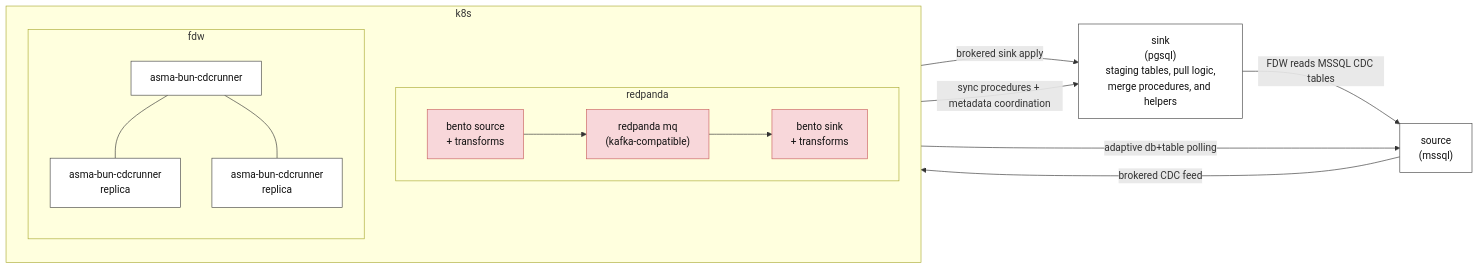
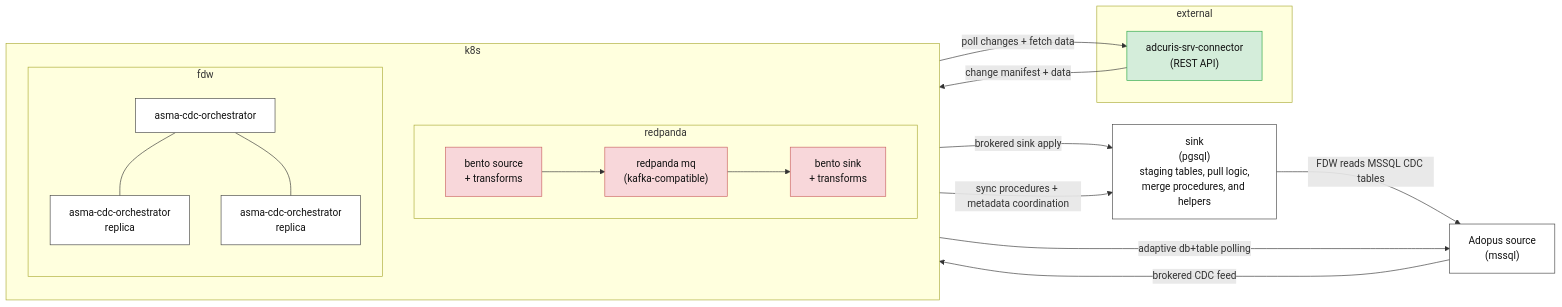
One commit to Relaxe111/cdc-pipeline-generator changed the diagram in _docs/architecture/TOPOLOGY_RUNTIME_COMPOSITION.md. Above: the diagram before and after it, drawn with Mermaid. The commit also changed other lines of this file and 24 other files, not shown here.

First line of the commit message:
refactor: Rename ASMA Bun CDC runner to CDC orchestrator

````diff
--- a/_docs/architecture/TOPOLOGY_RUNTIME_COMPOSITION.md
+++ b/_docs/architecture/TOPOLOGY_RUNTIME_COMPOSITION.md
@@ -94,40 +94,48 @@
 ```mermaid
 flowchart LR
-  source["source<br/>(mssql)"]
+  source["Adopus source<br/>(mssql)"]
   sink["sink<br/>(pgsql)<br/>staging tables, pull logic,<br/>merge procedures, and helpers"]
 
   subgraph k8s["k8s"]
     direction TB
 
     subgraph redpanda["redpanda"]
       direction LR
       bentoSource["bento source<br/>+ transforms"]
       mq["redpanda mq<br/>(kafka-compatible)"]
       bentoSink["bento sink<br/>+ transforms"]
 
       bentoSource --> mq --> bentoSink
     end
 
     subgraph fdw["fdw"]
       direction TB
-      runner["asma-bun-cdcrunner"]
-      replicaA["asma-bun-cdcrunner<br/>replica"]
-      replicaB["asma-bun-cdcrunner<br/>replica"]
+      runner["asma-cdc-orchestrator"]
+      replicaA["asma-cdc-orchestrator<br/>replica"]
+      replicaB["asma-cdc-orchestrator<br/>replica"]
 
       runner --- replicaA
       runner --- replicaB
     end
+  end
+
+  subgraph external["external"]
+    connector["adcuris-srv-connector<br/>(REST API)"]
   end
 
   source -->|brokered CDC feed| bentoSource
   bentoSink -->|brokered sink apply| sink
   sink -->|FDW reads MSSQL CDC tables| source
   runner -->|adaptive db+table polling| source
   runner -->|sync procedures + metadata coordination| sink
+  runner -->|poll changes + fetch data| connector
+  connector -->|change manifest + data| runner
 
   classDef transport fill:#f8d7da,stroke:#c95f5f,color:#111111;
   classDef runtime fill:#ffffff,stroke:#444444,color:#111111;
+  classDef external fill:#d4edda,stroke:#28a745,color:#111111;
 
   class bentoSource,mq,bentoSink transport;
   class source,sink,runner,replicaA,replicaB runtime;
+  class connector external;
 ```
````
